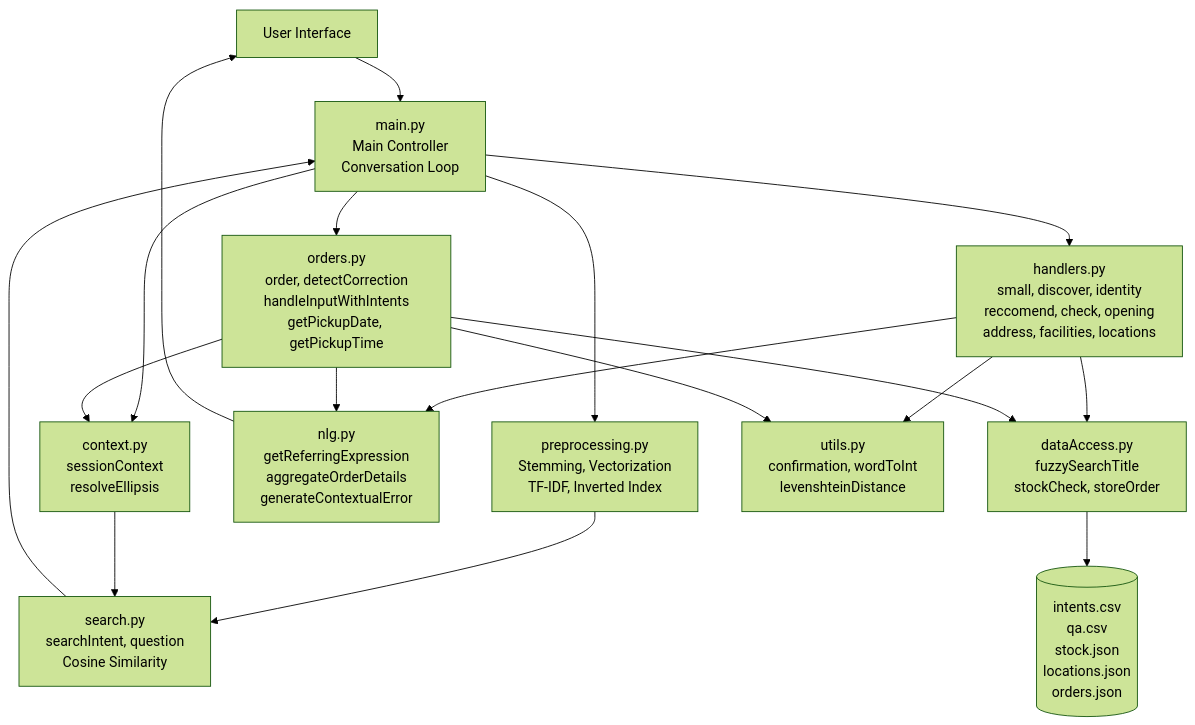
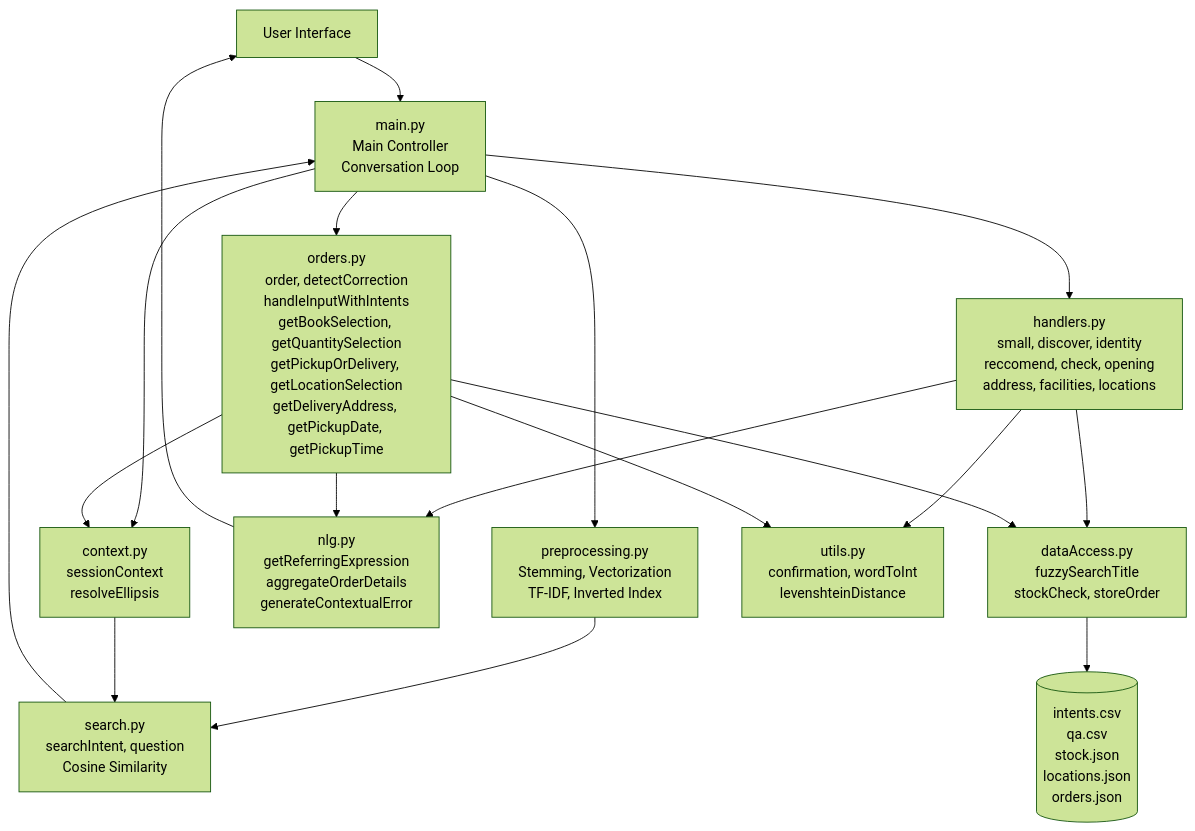
Before and after one commit to jamesdeal89/HAICW: the first of 11 diagrams in diagrams.md, drawn with Mermaid (forest theme). The commit also changed other lines of this file and 4 other files, not shown here.

````diff
--- a/diagrams.md
+++ b/diagrams.md
@@ -5,34 +5,34 @@
 ```mermaid
 flowchart TD
     UI[User Interface]
   
     MAIN[main.py<br/>Main Controller<br/>Conversation Loop]
   
     PREPROC[preprocessing.py<br/>Stemming, Vectorization<br/>TF-IDF, Inverted Index]
   
     SEARCH[search.py<br/>searchIntent, question<br/>Cosine Similarity]
   
     CONTEXT[context.py<br/>sessionContext<br/>resolveEllipsis]
   
     HANDLERS[handlers.py<br/>small, discover, identity<br/>reccomend, check, opening<br/>address, facilities, locations]
   
-    ORDERS[orders.py<br/>order, detectCorrection<br/>handleInputWithIntents<br/>getPickupDate, getPickupTime]
+    ORDERS[orders.py<br/>order, detectCorrection<br/>handleInputWithIntents<br/>getBookSelection, getQuantitySelection<br/>getPickupOrDelivery, getLocationSelection<br/>getDeliveryAddress, getPickupDate, getPickupTime]
   
     NLG[nlg.py<br/>getReferringExpression<br/>aggregateOrderDetails<br/>generateContextualError]
   
     DATA[dataAccess.py<br/>fuzzySearchTitle<br/>stockCheck, storeOrder]
   
     UTILS[utils.py<br/>confirmation, wordToInt<br/>levenshteinDistance]
   
     DATASETS[(intents.csv<br/>qa.csv<br/>stock.json<br/>locations.json<br/>orders.json)]
   
     UI --> MAIN
     MAIN --> PREPROC & CONTEXT
     PREPROC & CONTEXT --> SEARCH
     SEARCH --> MAIN
     MAIN --> HANDLERS & ORDERS
     HANDLERS & ORDERS --> NLG & DATA & UTILS
     ORDERS --> CONTEXT
     DATA --> DATASETS
     NLG --> UI
 ```
````
